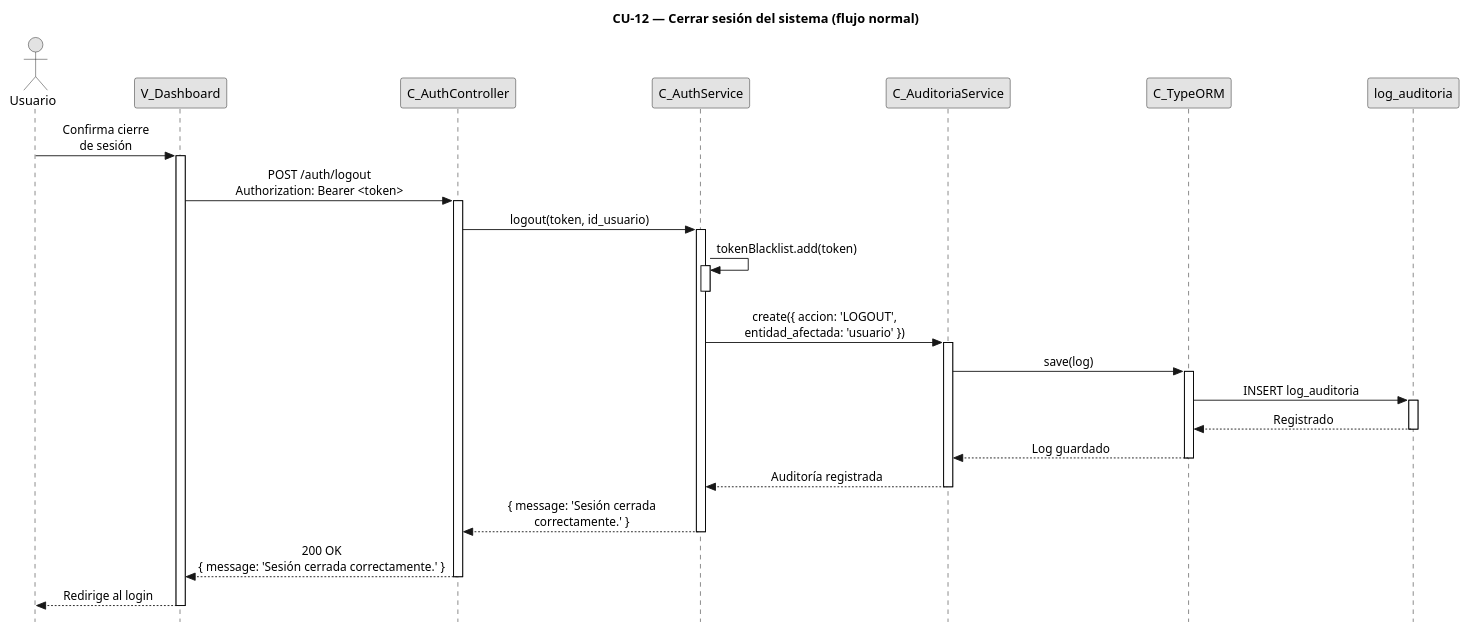
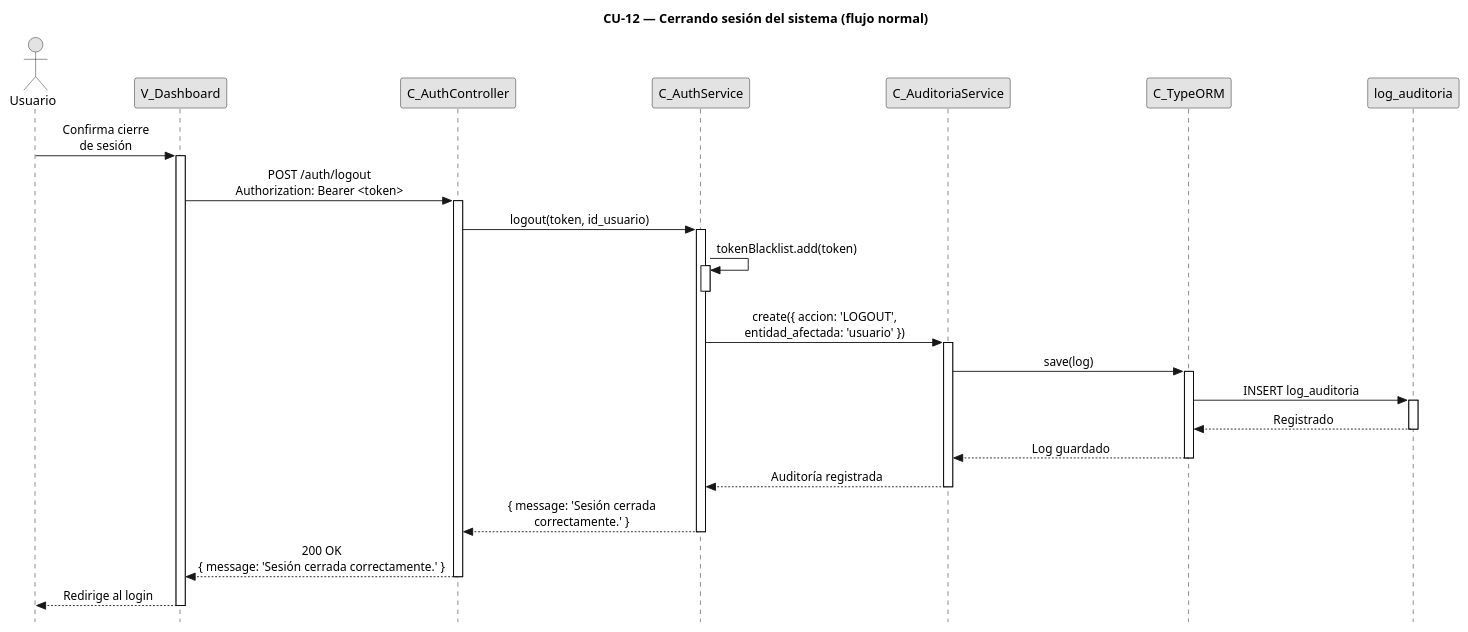
The diagram in diagramas/diagramas-secuencia/CU12/CU12-normal.puml (FSM-Finet-y-Cable-Magico/Team_1-Inventario-y-Bodega), drawn with PlantUML before and after one commit. The commit also changed 155 other files, not shown here.

Commit message:
fix: titulos de diagramas de secuencia en gerundio

```diff
--- a/diagramas/diagramas-secuencia/CU12/CU12-normal.puml
+++ b/diagramas/diagramas-secuencia/CU12/CU12-normal.puml
@@ -1,63 +1,63 @@
 @startuml CU12-normal
-title CU-12 — Cerrar sesión del sistema (flujo normal)
+title CU-12 — Cerrando sesión del sistema (flujo normal)
 
 skinparam style strictuml
 skinparam monochrome true
 skinparam shadowing false
 skinparam sequenceMessageAlign center
 skinparam ParticipantPadding 70
 skinparam ActorPadding 30
 skinparam sequence {
   MessageAlign center
   LifeLineBorderColor black
 }
 hide footbox
 
 actor "Usuario" as user
 participant "V_Dashboard" as view
 participant "C_AuthController" as ctrl
 participant "C_AuthService" as svc
 participant "C_AuditoriaService" as aud
 participant "C_TypeORM" as orm
 participant "log_auditoria" as aent
 
 user -> view : Confirma cierre\nde sesión
 activate view
 
 view -> ctrl : POST /auth/logout\nAuthorization: Bearer <token>
 activate ctrl
 
 ctrl -> svc : logout(token, id_usuario)
 activate svc
 
 svc -> svc : tokenBlacklist.add(token)
 activate svc
 deactivate svc
 
 svc -> aud : create({ accion: 'LOGOUT',\nentidad_afectada: 'usuario' })
 activate aud
 
 aud -> orm : save(log)
 activate orm
 
 orm -> aent : INSERT log_auditoria
 activate aent
 aent --> orm : Registrado
 deactivate aent
 
 orm --> aud : Log guardado
 deactivate orm
 
 aud --> svc : Auditoría registrada
 deactivate aud
 
 svc --> ctrl : { message: 'Sesión cerrada\ncorrectamente.' }
 deactivate svc
 
 ctrl --> view : 200 OK\n{ message: 'Sesión cerrada correctamente.' }
 deactivate ctrl
 
 view --> user : Redirige al login
 deactivate view
 
 @enduml
```
